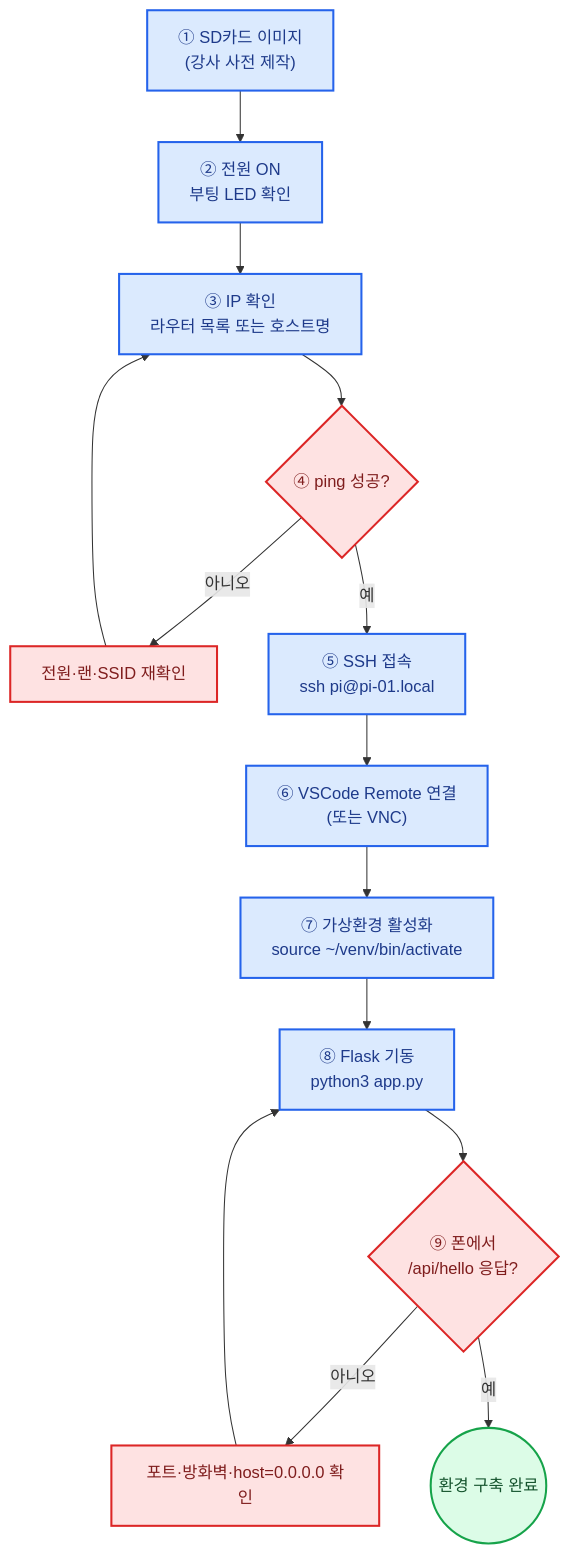
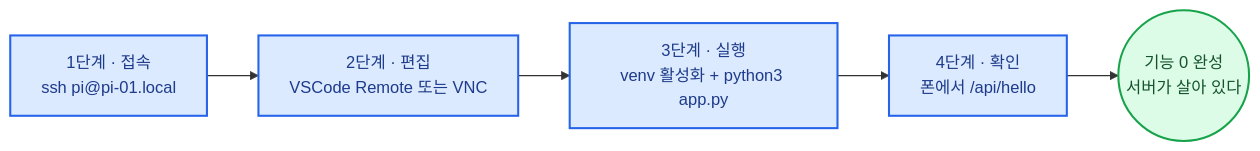
Before and after one commit to Collegenie-X/AIMakerLab_Web: the ninth of 27 diagrams in documents/CURRICULUM/라즈베리파이_자율주행차_감시카메라_3-6-12시간_단계별_커리큘럼.md, drawn with Mermaid. The commit also changed other lines of this file and 36 other files, not shown here.

````diff
--- a/documents/CURRICULUM/라즈베리파이_자율주행차_감시카메라_3-6-12시간_단계별_커리큘럼.md
+++ b/documents/CURRICULUM/라즈베리파이_자율주행차_감시카메라_3-6-12시간_단계별_커리큘럼.md
@@ -421,23 +429,12 @@
 ```mermaid
-flowchart TD
-    E1["① SD카드 이미지<br/>(강사 사전 제작)"] --> E2["② 전원 ON<br/>부팅 LED 확인"]
-    E2 --> E3["③ IP 확인<br/>라우터 목록 또는 호스트명"]
-    E3 --> E4{"④ ping 성공?"}
-    E4 -- "아니오" --> E3R["전원·랜·SSID 재확인"]
-    E3R --> E3
-    E4 -- "예" --> E5["⑤ SSH 접속<br/>ssh pi@pi-01.local"]
-    E5 --> E6["⑥ VSCode Remote 연결<br/>(또는 VNC)"]
-    E6 --> E7["⑦ 가상환경 활성화<br/>source ~/venv/bin/activate"]
-    E7 --> E8["⑧ Flask 기동<br/>python3 app.py"]
-    E8 --> E9{"⑨ 폰에서<br/>/api/hello 응답?"}
-    E9 -- "아니오" --> E8R["포트·방화벽·host=0.0.0.0 확인"]
-    E8R --> E8
-    E9 -- "예" --> OK(("환경 구축 완료"))
+flowchart LR
+    E1["1단계 · 접속<br/>ssh pi@pi-01.local"] --> E2["2단계 · 편집<br/>VSCode Remote 또는 VNC"]
+    E2 --> E3["3단계 · 실행<br/>venv 활성화 + python3 app.py"]
+    E3 --> E4["4단계 · 확인<br/>폰에서 /api/hello"]
+    E4 --> OK(("기능 0 완성<br/>서버가 살아 있다"))
 
     classDef s fill:#DBEAFE,stroke:#2563EB,stroke-width:2px,color:#1E3A8A
-    classDef w fill:#FEE2E2,stroke:#DC2626,stroke-width:2px,color:#7F1D1D
     classDef o fill:#DCFCE7,stroke:#16A34A,stroke-width:2px,color:#14532D
-    class E1,E2,E3,E5,E6,E7,E8 s
-    class E3R,E8R,E4,E9 w
+    class E1,E2,E3,E4 s
     class OK o
 ```
````
